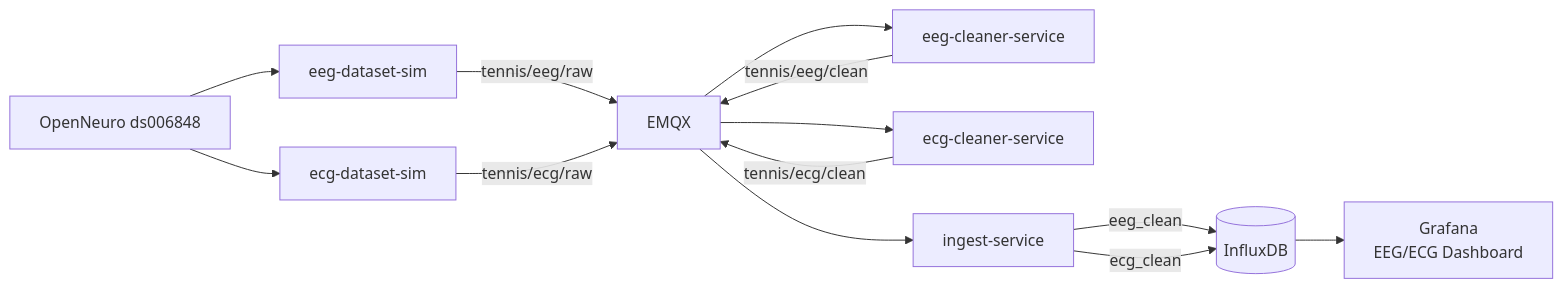
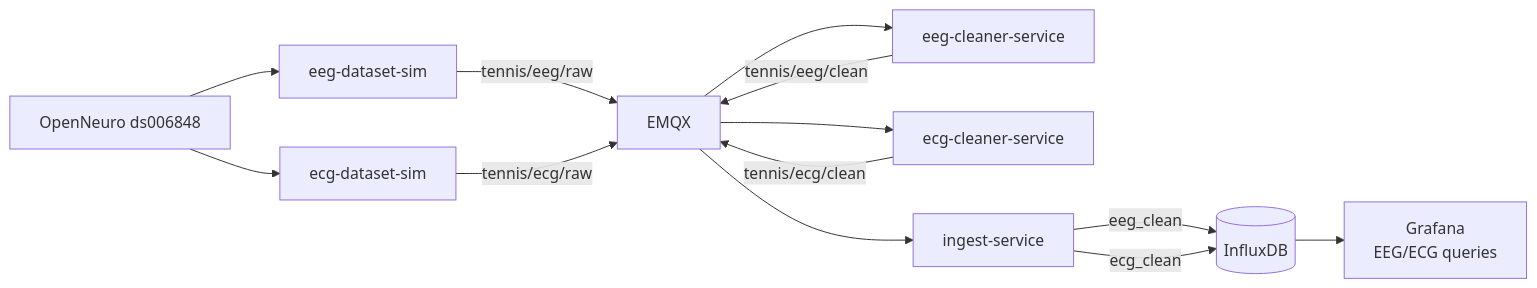
One commit to Aramushaa/Smart-Tennis-Field changed the fourth of 6 diagrams in docs/Result.md. Above: the diagram before and after it, drawn with Mermaid. The commit also changed other lines of this file and 4 other files, not shown here.

````diff
--- a/docs/Result.md
+++ b/docs/Result.md
@@ -235,20 +237,20 @@
 ```mermaid
 flowchart LR
     OD[OpenNeuro ds006848] --> EEGSIM[eeg-dataset-sim]
     OD --> ECGSIM[ecg-dataset-sim]
 
     EEGSIM -->|tennis/eeg/raw| EMQX[EMQX]
     ECGSIM -->|tennis/ecg/raw| EMQX
 
     EMQX --> EEGC[eeg-cleaner-service]
     EMQX --> ECGC[ecg-cleaner-service]
 
     EEGC -->|tennis/eeg/clean| EMQX
     ECGC -->|tennis/ecg/clean| EMQX
 
     EMQX --> ING[ingest-service]
     ING -->|eeg_clean| DB[(InfluxDB)]
     ING -->|ecg_clean| DB
 
-    DB --> G[Grafana<br/>EEG/ECG Dashboard]
+    DB --> G[Grafana<br/>EEG/ECG queries]
 ```
````
